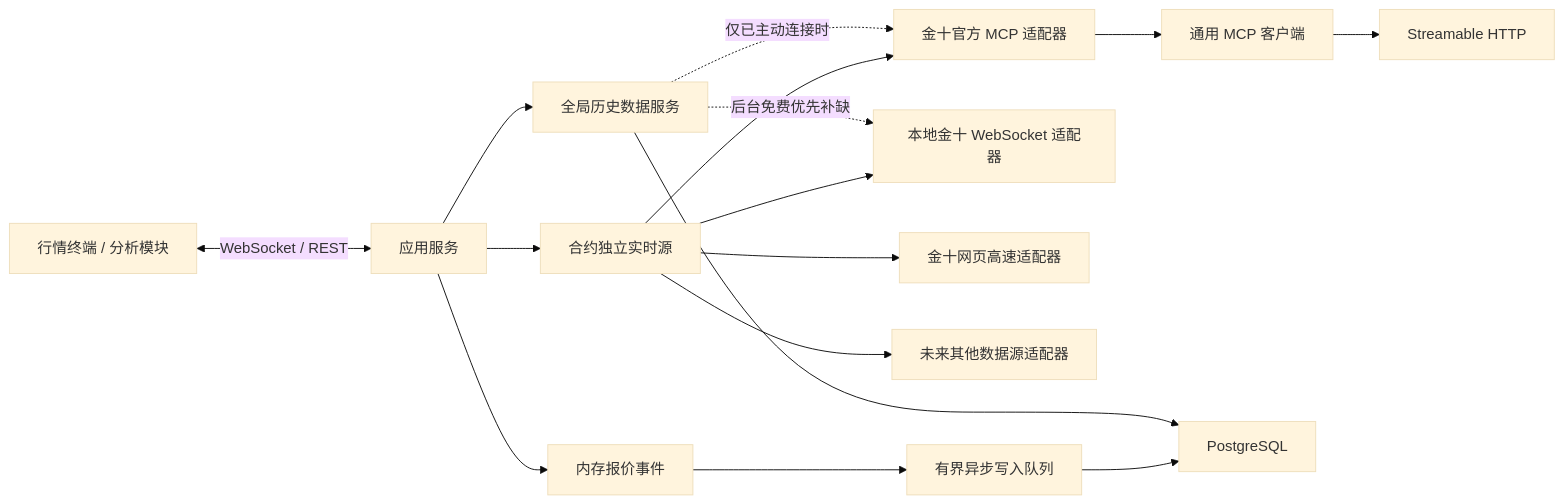
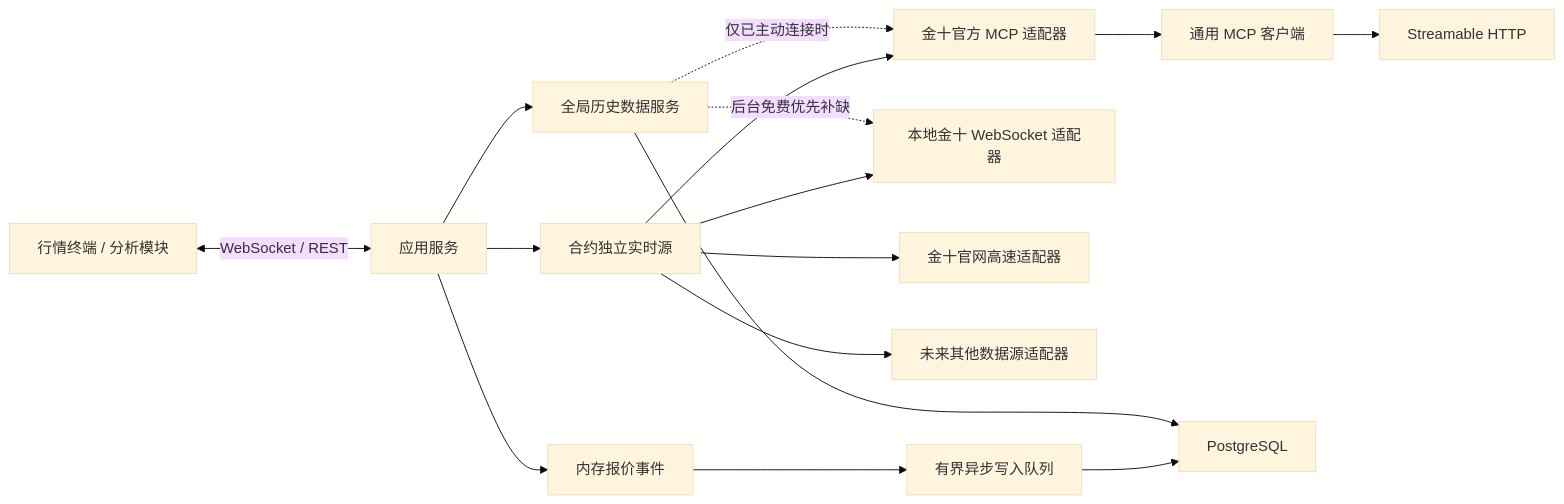
Before and after one commit to Daniel9572/TraceFang: the diagram in docs/architecture.md, drawn with Mermaid (base theme). The commit also changed 6 other files, not shown here.

````diff
--- a/docs/architecture.md
+++ b/docs/architecture.md
@@ -15,18 +15,18 @@
 ```mermaid
 flowchart LR
     UI["行情终端 / 分析模块"] <-->|"WebSocket / REST"| S["应用服务"]
     S --> R["合约独立实时源"]
     S --> C["全局历史数据服务"]
     R --> JM["金十官方 MCP 适配器"]
     R --> JD["本地金十 WebSocket 适配器"]
-    R --> JW["金十网页高速适配器"]
+    R --> JW["金十官网高速适配器"]
     R --> O["未来其他数据源适配器"]
     JM --> M["通用 MCP 客户端"]
     M --> H["Streamable HTTP"]
     S --> B["内存报价事件"]
     B --> Q["有界异步写入队列"]
     Q --> PG["PostgreSQL"]
     C --> PG
     C -.->|"后台免费优先补缺"| JD
     C -.->|"仅已主动连接时"| JM
 ```
````
